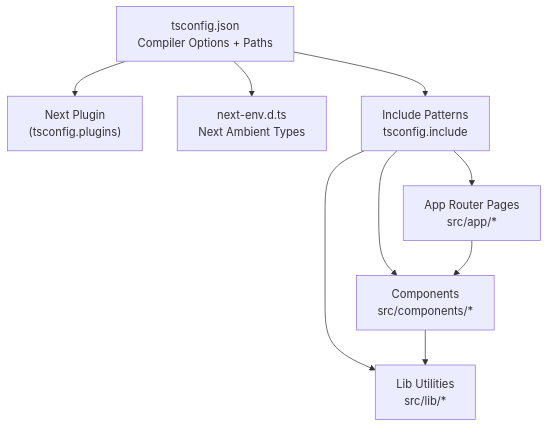
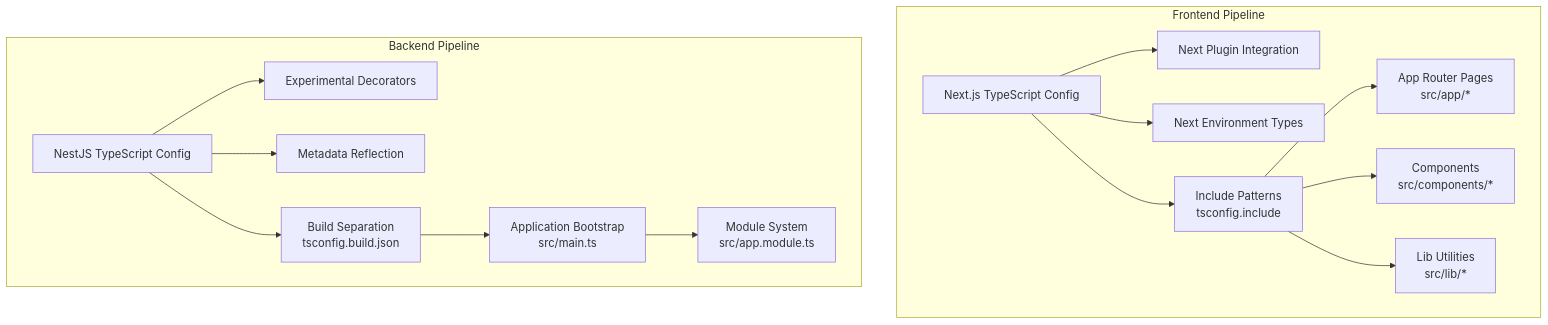
Before and after one commit to Hoshino-wind/ai-interview-platform: the second of 7 diagrams in .qoder/repowiki/en/content/TypeScript Configuration.md, drawn with Mermaid. The commit also changed other lines of this file and 5 other files, not shown here.

````diff
--- a/.qoder/repowiki/en/content/TypeScript Configuration.md
+++ b/.qoder/repowiki/en/content/TypeScript Configuration.md
@@ -111,18 +128,31 @@
 ```mermaid
 graph TB
-TS["tsconfig.json<br/>Compiler Options + Paths"]
-PLG["Next Plugin<br/>(tsconfig.plugins)"]
-ENV["next-env.d.ts<br/>Next Ambient Types"]
-INC["Include Patterns<br/>tsconfig.include"]
-APP["App Router Pages<br/>src/app/*"]
-CMP["Components<br/>src/components/*"]
-LIB["Lib Utilities<br/>src/lib/*"]
-TS --> PLG
-TS --> ENV
-TS --> INC
-INC --> APP
-INC --> CMP
-INC --> LIB
-APP --> CMP
-CMP --> LIB
+subgraph "Frontend Pipeline"
+FRONT_TS["Next.js TypeScript Config"]
+FRONT_PLG["Next Plugin Integration"]
+FRONT_ENV["Next Environment Types"]
+FRONT_INC["Include Patterns<br/>tsconfig.include"]
+FRONT_APP["App Router Pages<br/>src/app/*"]
+FRONT_CMP["Components<br/>src/components/*"]
+FRONT_LIB["Lib Utilities<br/>src/lib/*"]
+end
+subgraph "Backend Pipeline"
+BACK_TS["NestJS TypeScript Config"]
+BACK_DEC["Experimental Decorators"]
+BACK_META["Metadata Reflection"]
+BACK_BUILD["Build Separation<br/>tsconfig.build.json"]
+BACK_MAIN["Application Bootstrap<br/>src/main.ts"]
+BACK_MODULE["Module System<br/>src/app.module.ts"]
+end
+FRONT_TS --> FRONT_PLG
+FRONT_TS --> FRONT_ENV
+FRONT_TS --> FRONT_INC
+FRONT_INC --> FRONT_APP
+FRONT_INC --> FRONT_CMP
+FRONT_INC --> FRONT_LIB
+BACK_TS --> BACK_DEC
+BACK_TS --> BACK_META
+BACK_TS --> BACK_BUILD
+BACK_BUILD --> BACK_MAIN
+BACK_MAIN --> BACK_MODULE
 ```
````
